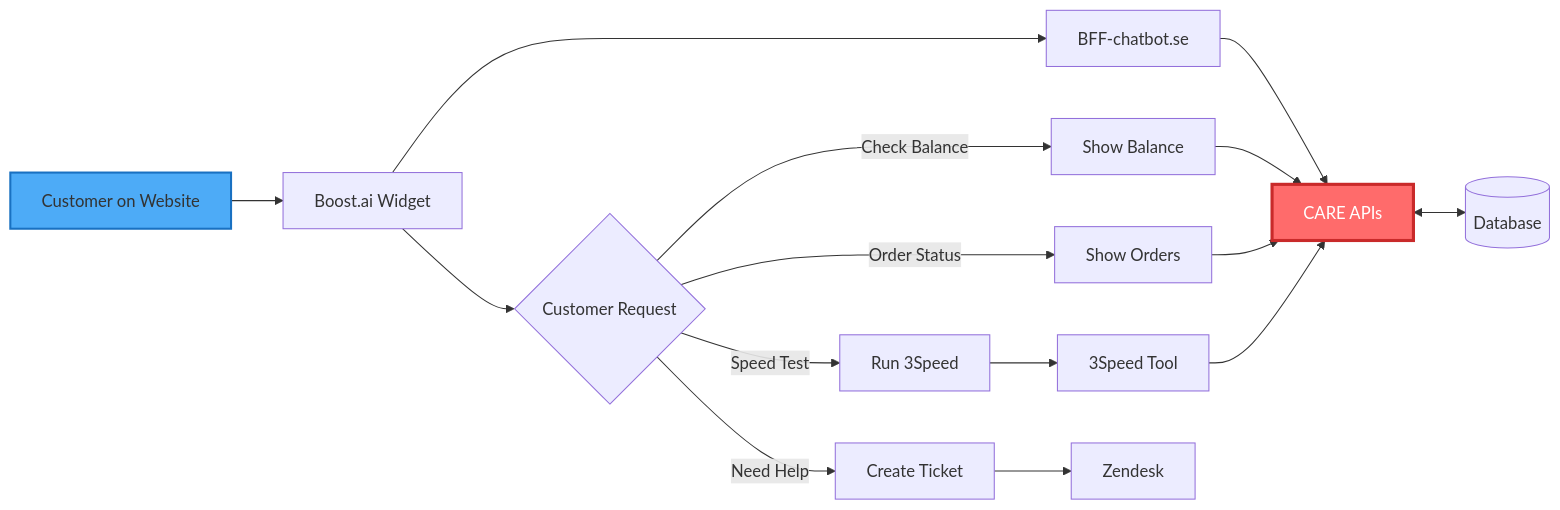
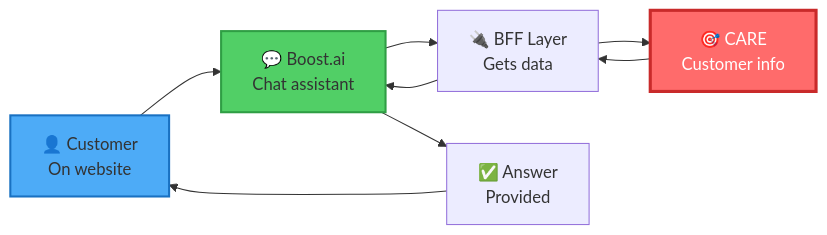
The third of 4 diagrams in CCT-apps-description/CARE/integration-details/README.md (gill001-Tre/CCT-apps-understanding-document), drawn with Mermaid before and after one commit. The commit also changed other lines of this file and 1 other file, not shown here.

Commit message:
Restructure integrations: remove workflows, create comprehensive inbound/outbound tables with detailed columns

````diff
--- a/CCT-apps-description/CARE/integration-details/README.md
+++ b/CCT-apps-description/CARE/integration-details/README.md
@@ -187,32 +159,24 @@
 ```mermaid
 flowchart LR
-    C[Customer on Website]
-    Bot[Boost.ai Widget]
-    BFF[BFF-chatbot.se]
-    CARE[CARE APIs]
-    DB[(Database)]
+    Customer["👤 Customer<br/>On website"]
     
-    Actions{Customer Request}
+    Chatbot["💬 Boost.ai<br/>Chat assistant"]
     
-    C --> Bot
-    Bot --> BFF
+    BFF["🔌 BFF Layer<br/>Gets data"]
+    
+    CARE["🎯 CARE<br/>Customer info"]
+    
+    Response["✅ Answer<br/>Provided"]
+    
+    Customer --> Chatbot
+    Chatbot --> BFF
     BFF --> CARE
-    CARE <--> DB
-    
-    Bot --> Actions
-    
-    Actions -->|Check Balance| Balance[Show Balance]
-    Actions -->|Speed Test| Test[Run 3Speed]
-    Actions -->|Order Status| Orders[Show Orders]
-    Actions -->|Need Help| Ticket[Create Ticket]
-    
-    Balance --> CARE
-    Test --> 3Speed[3Speed Tool]
-    Orders --> CARE
-    Ticket --> Zendesk[Zendesk]
-    
-    3Speed --> CARE
+    CARE --> BFF
+    BFF --> Chatbot
+    Chatbot --> Response
+    Response --> Customer
     
     style CARE fill:#ff6b6b,stroke:#c92a2a,stroke-width:3px,color:#fff
-    style C fill:#4dabf7,stroke:#1971c2,stroke-width:2px
+    style Customer fill:#4dabf7,stroke:#1971c2,stroke-width:2px
+    style Chatbot fill:#51cf66,stroke:#2f9e44,stroke-width:2px
 ```
````
